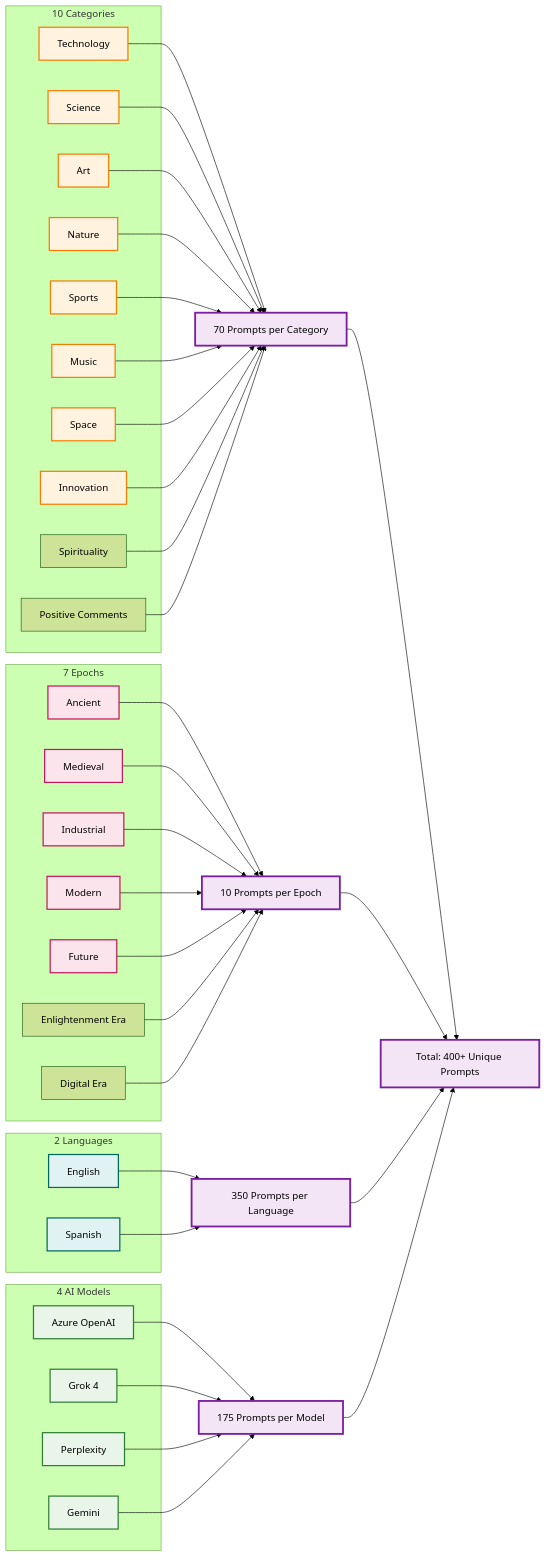
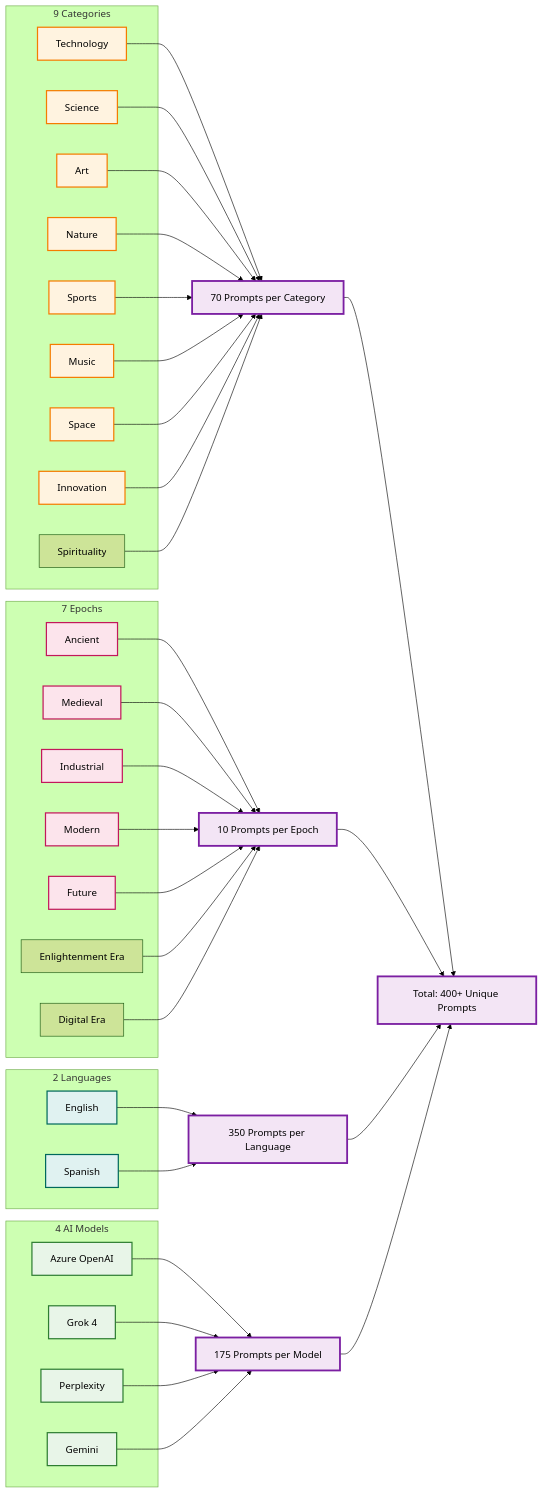
One commit to zimaxnet/orb-game changed the third of 3 diagrams in PROMPTS_REFERENCE.md. Above: the diagram before and after it, drawn with Mermaid (forest theme). The commit also changed other lines of this file and 7 other files, not shown here.

First line of the commit message:
Remove Positive Comments category from Orb Game system

````diff
--- a/PROMPTS_REFERENCE.md
+++ b/PROMPTS_REFERENCE.md
@@ -200,81 +199,79 @@
 ```mermaid
 graph LR
-    subgraph "10 Categories"
+    subgraph "9 Categories"
         A1[Technology]
         A2[Science]
         A3[Art]
         A4[Nature]
         A5[Sports]
         A6[Music]
         A7[Space]
         A8[Innovation]
         A9[Spirituality]
-        A10[Positive Comments]
     end
     
     subgraph "7 Epochs"
         B1[Ancient]
         B2[Medieval]
         B3[Industrial]
         B4[Modern]
         B5[Future]
         B6[Enlightenment Era]
         B7[Digital Era]
     end
     
     subgraph "2 Languages"
         C1[English]
         C2[Spanish]
     end
     
     subgraph "4 AI Models"
         D1[Azure OpenAI]
         D2[Grok 4]
         D3[Perplexity]
         D4[Gemini]
     end
     
     A1 --> E[70 Prompts per Category]
     A2 --> E
     A3 --> E
     A4 --> E
     A5 --> E
     A6 --> E
     A7 --> E
     A8 --> E
     A9 --> E
-    A10 --> E
     
     B1 --> F[10 Prompts per Epoch]
     B2 --> F
     B3 --> F
     B4 --> F
     B5 --> F
     B6 --> F
     B7 --> F
     
     C1 --> G[350 Prompts per Language]
     C2 --> G
     
     D1 --> H[175 Prompts per Model]
     D2 --> H
     D3 --> H
     D4 --> H
     
     E --> I[Total: 400+ Unique Prompts]
     F --> I
     G --> I
     H --> I
     
     classDef categories fill:#fff3e0,stroke:#f57c00,stroke-width:2px
     classDef epochs fill:#fce4ec,stroke:#c2185b,stroke-width:2px
     classDef languages fill:#e0f2f1,stroke:#00695c,stroke-width:2px
     classDef models fill:#e8f5e8,stroke:#2e7d32,stroke-width:2px
     classDef totals fill:#f3e5f5,stroke:#7b1fa2,stroke-width:3px
     
     class A1,A2,A3,A4,A5,A6,A7,A8 categories
     class B1,B2,B3,B4,B5 epochs
     class C1,C2 languages
     class D1,D2,D3,D4 models
     class E,F,G,H,I totals
 ```
````
